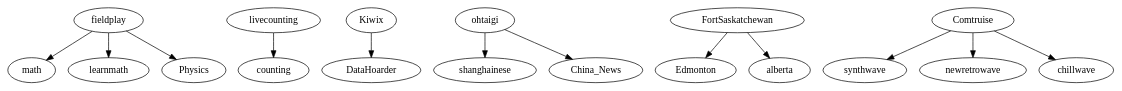
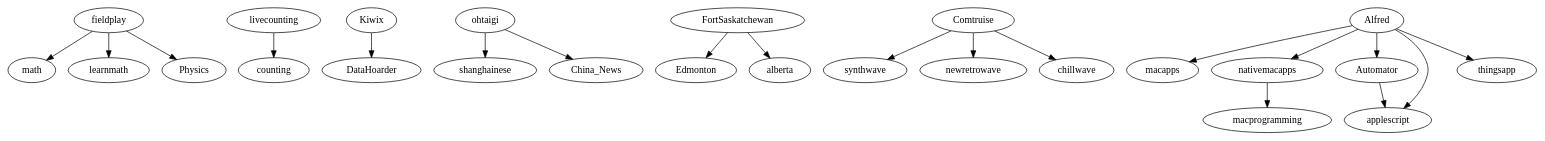
The diagram in graph/add/new-nodes.dot (anvaka/map-of-reddit-data), drawn with Graphviz before and after one commit. The commit also changed 1 other file, not shown here.

Commit message:
Added Alfred
Fixes https://github.com/anvaka/map-of-reddit-data/issues/7

```diff
--- a/graph/add/new-nodes.dot
+++ b/graph/add/new-nodes.dot
@@ -1,14 +1,21 @@
 digraph Add {
   "fieldplay" -> "math" ["weight"=1]
   "fieldplay" -> "learnmath" ["weight"=1]
   "fieldplay" -> "Physics" ["weight"=1]
   "livecounting" -> "counting" ["weight"=1]
   "Kiwix" -> "DataHoarder" ["weight"=1]
   "ohtaigi" -> "shanghainese" ["weight"=17]
   "ohtaigi" -> "China_News" ["weight"=6]
   "FortSaskatchewan" -> "Edmonton" ["weight"=1]
   "FortSaskatchewan" -> "alberta" ["weight"=1]
   "Comtruise" -> "synthwave" ["weight"=1]
   "Comtruise" -> "newretrowave" ["weight"=1]
   "Comtruise" -> "chillwave" ["weight"=1]
+  "Alfred" -> "macapps" ["weight"=10]
+  "Alfred" -> "nativemacapps" ["weight"=8]
+  "Alfred" -> "Automator" ["weight"=10]
+  "Alfred" -> "applescript" ["weight"=7]
+  "Alfred" -> "thingsapp" ["weight"=7]
+  "Automator" -> "applescript" ["weight"=10]
+  "nativemacapps" -> "macprogramming" ["weight"=10]
 }
```
